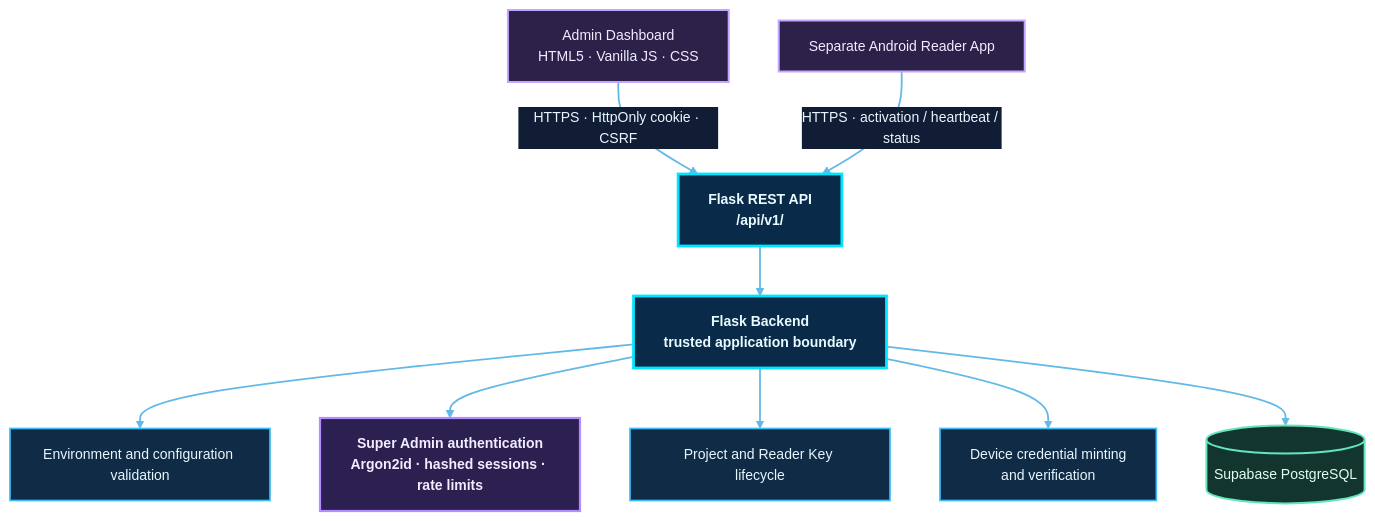
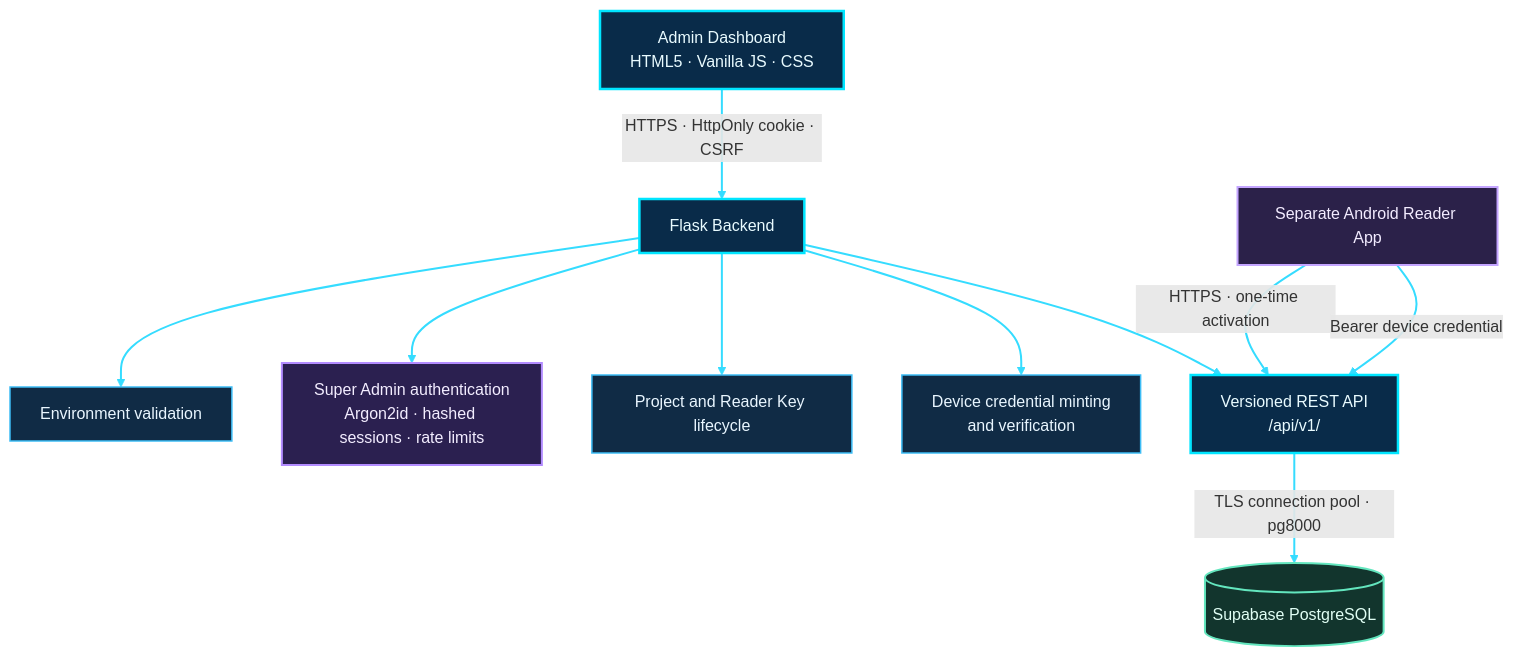
Before and after one commit to shajeduzzamanenan992008inc/NexOra-Database-key-Gen: the third of 23 diagrams in README.md, drawn with Mermaid. The commit also changed other lines of this file, not shown here.

````diff
--- a/README.md
+++ b/README.md
@@ -495,32 +491,30 @@
 ```mermaid
-%%{init: {"theme":"base","themeVariables":{"darkMode":true,"background":"#07111f","primaryColor":"#102744","primaryTextColor":"#e8f7ff","primaryBorderColor":"#00d9ff","lineColor":"#62b9e8","secondaryColor":"#261d45","secondaryTextColor":"#f3eaff","secondaryBorderColor":"#a78bfa","tertiaryColor":"#12332b","tertiaryTextColor":"#e0fff1","tertiaryBorderColor":"#41e6a2","fontFamily":"Inter, Segoe UI, sans-serif","fontSize":"14px","edgeLabelBackground":"#101d34","mainBkg":"#102744","nodeBorder":"#00d9ff","clusterBkg":"#0b1930","clusterBorder":"#6f7dff","actorBkg":"#102744","actorBorder":"#00d9ff","actorTextColor":"#e8f7ff","signalColor":"#64d8ff","signalTextColor":"#e8f7ff","noteBkgColor":"#0e332b","noteBorderColor":"#41e6a2","noteTextColor":"#e0fff1"}}}%%
-flowchart TB
-    ADMIN["Admin Dashboard<br/>HTML5 · Vanilla JS · CSS"] -->|"HTTPS · HttpOnly cookie · CSRF"| API["Flask REST API<br/>/api/v1/"]
-    READER["Separate Android Reader App"] -->|"HTTPS · activation / heartbeat / status"| API
+flowchart TD
+    A["Admin Dashboard<br/>HTML5 · Vanilla JS · CSS"] -->|"HTTPS · HttpOnly cookie · CSRF"| B["Flask Backend"]
+    B --> C["Environment validation"]
+    B --> D["Super Admin authentication<br/>Argon2id · hashed sessions · rate limits"]
+    B --> E["Project and Reader Key lifecycle"]
+    B --> F["Device credential minting<br/>and verification"]
+    B --> G["Versioned REST API<br/>/api/v1/"]
+    G -->|"TLS connection pool · pg8000"| H[("Supabase PostgreSQL")]
+    I["Separate Android Reader App"] -->|"HTTPS · one-time activation"| G
+    I -->|"Bearer device credential"| G
 
-    API --> BACKEND["Flask Backend<br/>trusted application boundary"]
-    BACKEND --> ENV["Environment and configuration validation"]
-    BACKEND --> AUTH["Super Admin authentication<br/>Argon2id · hashed sessions · rate limits"]
-    BACKEND --> LIFE["Project and Reader Key lifecycle"]
-    BACKEND --> DEVICE["Device credential minting<br/>and verification"]
-    BACKEND --> DB[("Supabase PostgreSQL")]
-
-
-    %% OMEGA NEX-ORA · ULTRA NEON DESIGN SYSTEM
-    classDef nxCore fill:#092b49,stroke:#00e5ff,stroke-width:2.8px,color:#e9fbff,font-weight:bold;
-    classDef nxProcess fill:#102b45,stroke:#3dbcf5,stroke-width:1.7px,color:#e9f6ff;
-    classDef nxDecision fill:#2b2050,stroke:#b38cff,stroke-width:2.2px,color:#f3edff,font-weight:bold;
-    classDef nxSuccess fill:#0d3b2c,stroke:#3fffa0,stroke-width:2.2px,color:#e0fff0,font-weight:bold;
-    classDef nxDanger fill:#451d30,stroke:#ff6688,stroke-width:2.2px,color:#fff0f3,font-weight:bold;
+    %% OMEGA NEX-ORA visual classes
+    %% OMEGA NEX-ORA / ULTRA NEON PALETTE
+    classDef nxCore fill:#092b49,stroke:#00e5ff,stroke-width:2.5px,color:#e9fbff;
+    classDef nxProcess fill:#102b45,stroke:#3dbcf5,stroke-width:1.5px,color:#e9f6ff;
+    classDef nxDecision fill:#2b2050,stroke:#b38cff,stroke-width:2px,color:#f3edff;
+    classDef nxSuccess fill:#0d3b2c,stroke:#3fffa0,stroke-width:2px,color:#e0fff0;
+    classDef nxDanger fill:#451d30,stroke:#ff6688,stroke-width:2px,color:#fff0f3;
     classDef nxData fill:#12352d,stroke:#63e6be,stroke-width:2px,color:#e1fff5;
     classDef nxExternal fill:#2b2149,stroke:#c4a5ff,stroke-width:2px,color:#f3ecff;
     classDef nxInfo fill:#17253e,stroke:#91a7c9,stroke-width:1.5px,color:#e5efff;
     classDef nxWarning fill:#453116,stroke:#fbbf24,stroke-width:2px,color:#fff6d6;
-    linkStyle default stroke:#62b9e8,stroke-width:1.8px;
-    class ADMIN nxExternal;
-    class READER nxExternal;
-    class API,BACKEND nxCore;
-    class ENV,LIFE,DEVICE nxProcess;
-    class AUTH nxDecision;
-    class DB nxData;
+    class A,B,G nxCore;
+    class C,E,F nxProcess;
+    class D nxDecision;
+    class H nxData;
+    class I nxExternal;
+    linkStyle default stroke:#35dcff,stroke-width:2px;
 ```
````
